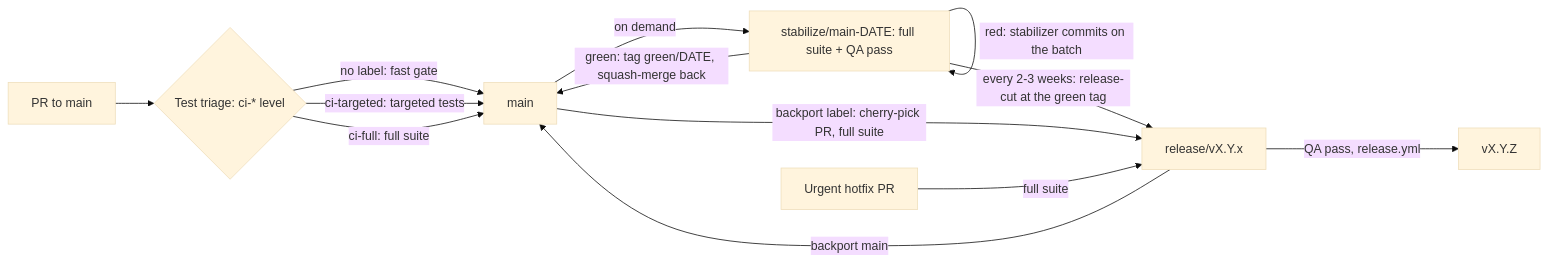
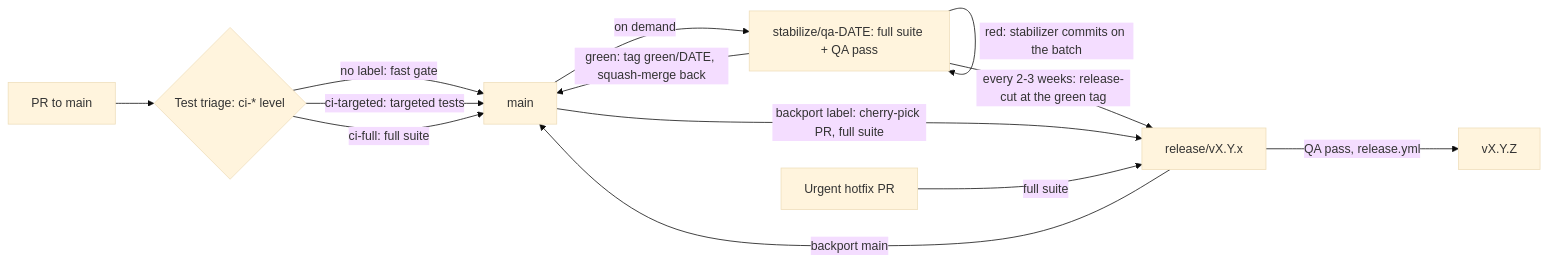
Before and after one commit to open-mercato/open-mercato: the first of 10 diagrams in .ai/specs/2026-11-25-batch-merge-and-green-tag-release-process.md, drawn with Mermaid (base theme). The commit also changed other lines of this file and 8 other files, not shown here.

````diff
--- a/.ai/specs/2026-11-25-batch-merge-and-green-tag-release-process.md
+++ b/.ai/specs/2026-11-25-batch-merge-and-green-tag-release-process.md
@@ -104,15 +104,15 @@
 ```mermaid
 flowchart LR
   PR["PR to main"] --> TRI{"Test triage: ci-* level"}
   TRI -->|"no label: fast gate"| MAIN["main"]
   TRI -->|"ci-targeted: targeted tests"| MAIN
   TRI -->|"ci-full: full suite"| MAIN
-  MAIN -->|"on demand"| CUT["stabilize/main-DATE: full suite + QA pass"]
+  MAIN -->|"on demand"| CUT["stabilize/qa-DATE: full suite + QA pass"]
   CUT -->|"red: stabilizer commits on the batch"| CUT
   CUT -->|"green: tag green/DATE, squash-merge back"| MAIN
   CUT -->|"every 2-3 weeks: release-cut at the green tag"| REL["release/vX.Y.x"]
   MAIN -->|"backport label: cherry-pick PR, full suite"| REL
   HOT["Urgent hotfix PR"] -->|"full suite"| REL
   REL -->|"backport main"| MAIN
   REL -->|"QA pass, release.yml"| VER["vX.Y.Z"]
 ```
````
